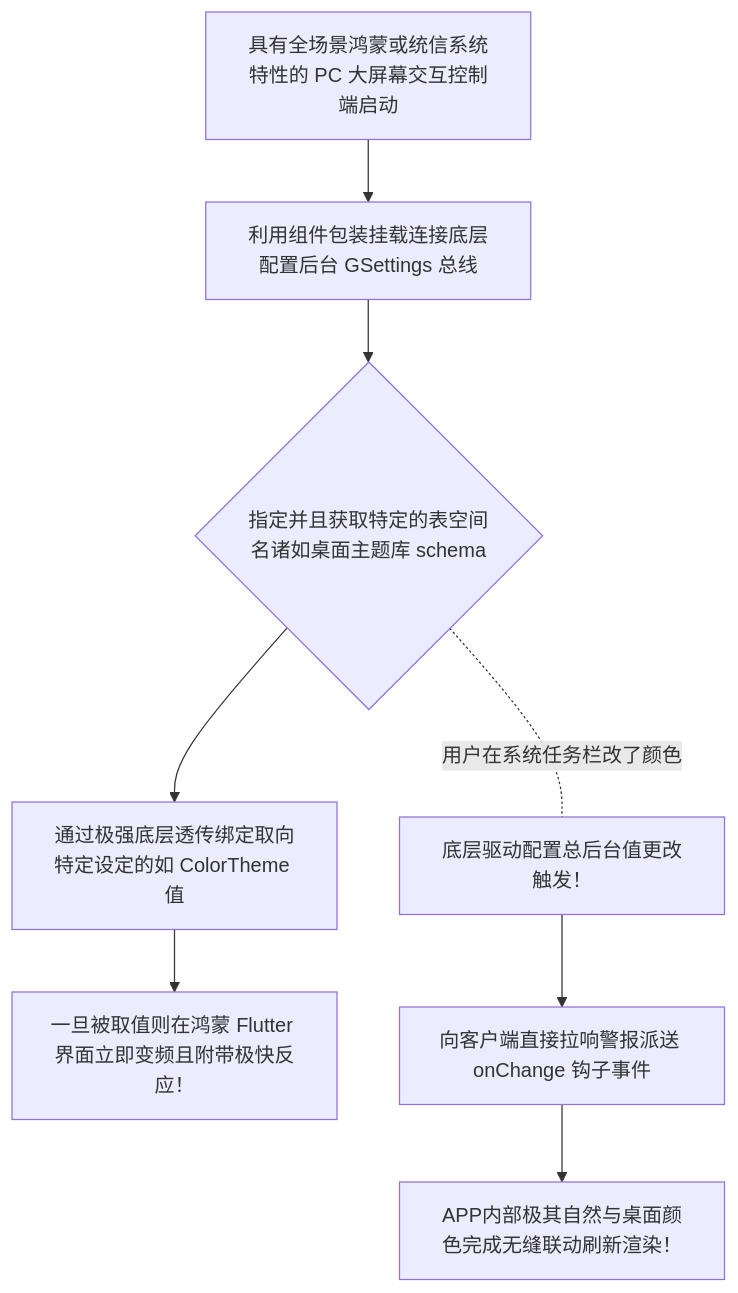
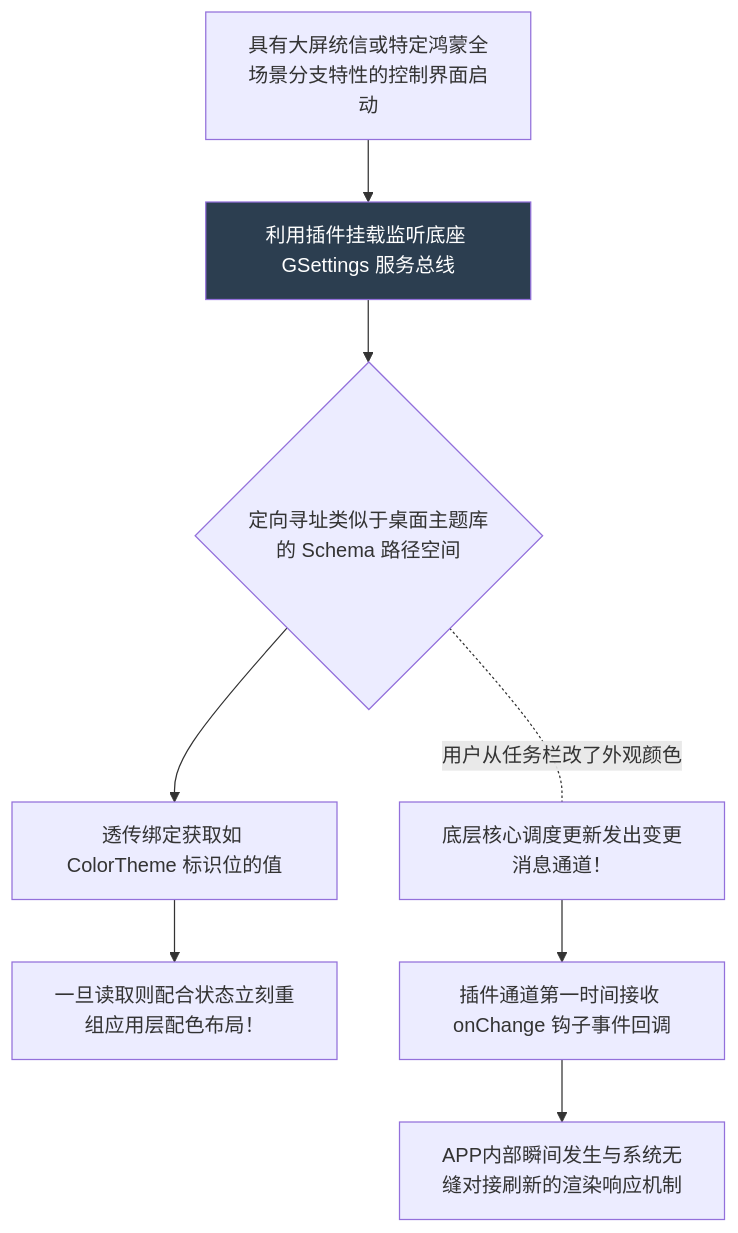
The diagram in posts/2026/0221/gsettings.md (happyphper/blog), drawn with Mermaid before and after one commit. The commit also changed other lines of this file and 4 other files, not shown here.

Commit message:
docs(0221): 精简与优化博文词句质量并消除过度修饰词 (graphql, gsettings, hive_ce_generator, http_client_helper, i69n)

````diff
--- a/posts/2026/0221/gsettings.md
+++ b/posts/2026/0221/gsettings.md
@@ -17,10 +26,11 @@
 ```mermaid
 graph TD
-    A[具有全场景鸿蒙或统信系统特性的 PC 大屏幕交互控制端启动] --> B[利用组件包装挂载连接底层配置后台 GSettings 总线]
-    B --> C{指定并且获取特定的表空间名诸如桌面主题库 schema}
-    C --> D[通过极强底层透传绑定取向特定设定的如 ColorTheme 值]
-    D --> E[一旦被取值则在鸿蒙 Flutter 界面立即变频且附带极快反应！]
-    C -.用户在系统任务栏改了颜色.- F[底层驱动配置总后台值更改触发！]
-    F --> G[向客户端直接拉响警报派送 onChange 钩子事件]
-    G --> H[APP内部极其自然与桌面颜色完成无缝联动刷新渲染！]
+    A[具有大屏统信或特定鸿蒙全场景分支特性的控制界面启动] --> B[利用插件挂载监听底座 GSettings 服务总线]
+    B --> C{定向寻址类似于桌面主题库的 Schema 路径空间}
+    C --> D[透传绑定获取如 ColorTheme 标识位的值]
+    D --> E[一旦读取则配合状态立刻重组应用层配色布局！]
+    C -.用户从任务栏改了外观颜色.- F[底层核心调度更新发出变更消息通道！]
+    F --> G[插件通道第一时间接收 onChange 钩子事件回调]
+    G --> H[APP内部瞬间发生与系统无缝对接刷新的渲染响应机制]
+    style B fill:#2c3e50,color:white
 ```
````
